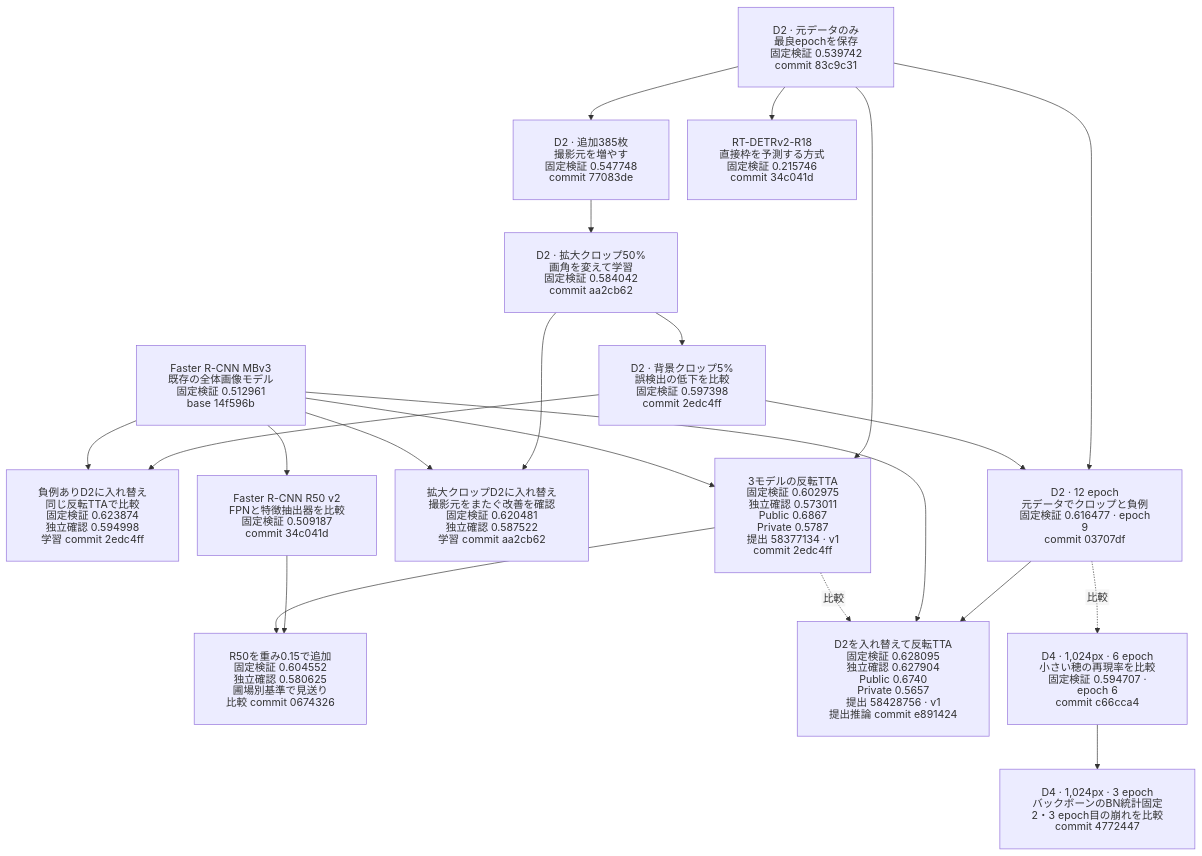
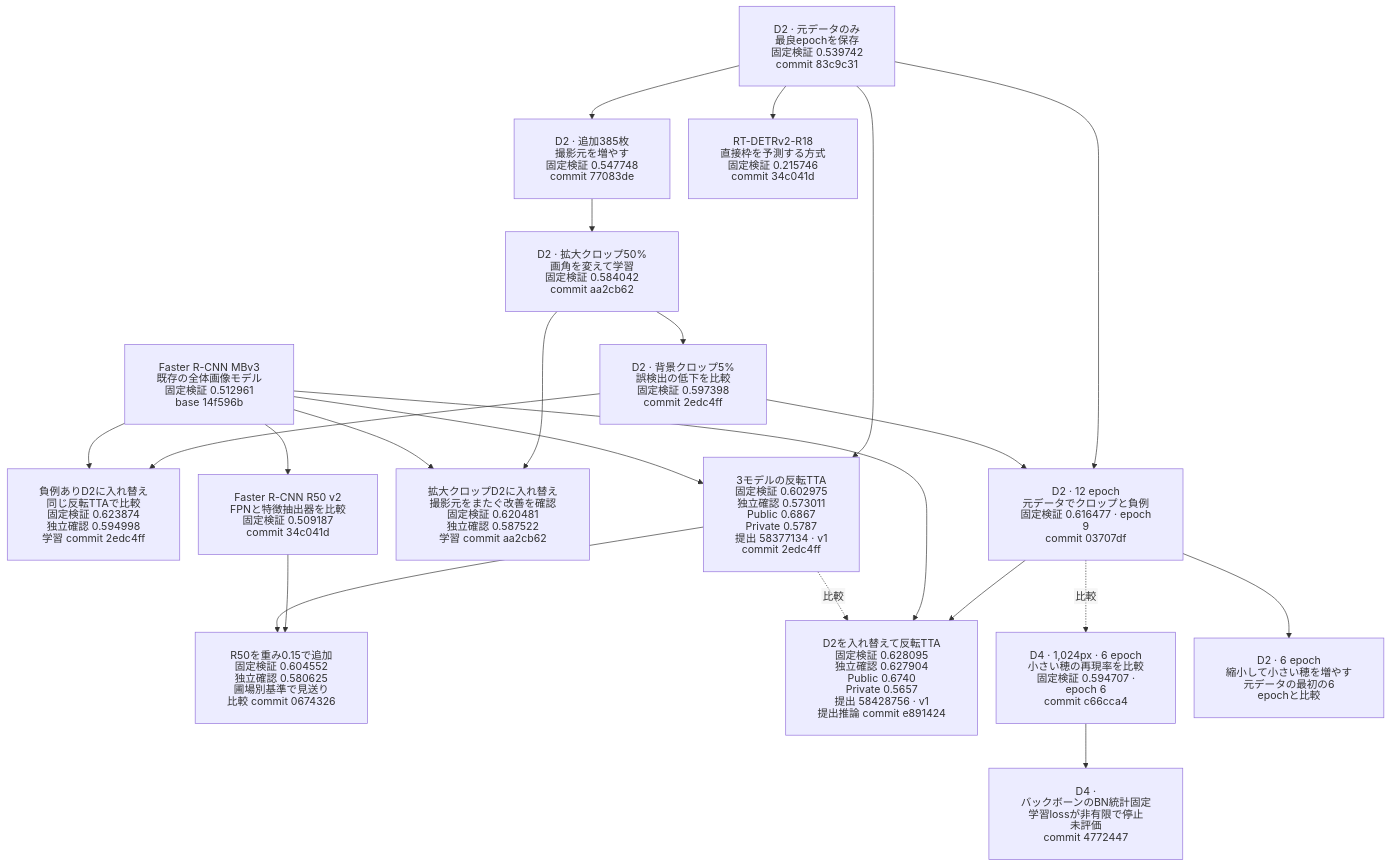
Before and after one commit to Yutarotaro/kaggle-global-wheat-detection: the fifth of 5 diagrams in docs/experiment-lineage.md, drawn with Mermaid. The commit also changed 6 other files, not shown here.

````diff
--- a/docs/experiment-lineage.md
+++ b/docs/experiment-lineage.md
@@ -164,38 +164,40 @@
 ```mermaid
 %%{init: {"htmlLabels": false, "flowchart": {"padding": 24, "nodeSpacing": 28}}}%%
 flowchart TB
     M["Faster R-CNN MBv3<br/>既存の全体画像モデル<br/>固定検証 0.512961<br/>base 14f596b"]
     D["D2 · 元データのみ<br/>最良epochを保存<br/>固定検証 0.539742<br/>commit 83c9c31"]
     F["D2 · 追加385枚<br/>撮影元を増やす<br/>固定検証 0.547748<br/>commit 77083de"]
     C["D2 · 拡大クロップ50%<br/>画角を変えて学習<br/>固定検証 0.584042<br/>commit aa2cb62"]
     N["D2 · 背景クロップ5%<br/>誤検出の低下を比較<br/>固定検証 0.597398<br/>commit 2edc4ff"]
     U["負例ありD2に入れ替え<br/>同じ反転TTAで比較<br/>固定検証 0.623874<br/>独立確認 0.594998<br/>学習 commit 2edc4ff"]
     S["3モデルの反転TTA<br/>固定検証 0.602975<br/>独立確認 0.573011<br/>Public 0.6867<br/>Private 0.5787<br/>提出 58377134 · v1<br/>commit 2edc4ff"]
     Z["拡大クロップD2に入れ替え<br/>撮影元をまたぐ改善を確認<br/>固定検証 0.620481<br/>独立確認 0.587522<br/>学習 commit aa2cb62"]
     T["RT-DETRv2-R18<br/>直接枠を予測する方式<br/>固定検証 0.215746<br/>commit 34c041d"]
     R["Faster R-CNN R50 v2<br/>FPNと特徴抽出器を比較<br/>固定検証 0.509187<br/>commit 34c041d"]
     R15["R50を重み0.15で追加<br/>固定検証 0.604552<br/>独立確認 0.580625<br/>圃場別基準で見送り<br/>比較 commit 0674326"]
     L["D2 · 12 epoch<br/>元データでクロップと負例<br/>固定検証 0.616477 · epoch 9<br/>commit 03707df"]
     P["D2を入れ替えて反転TTA<br/>固定検証 0.628095<br/>独立確認 0.627904<br/>Public 0.6740<br/>Private 0.5657<br/>提出 58428756 · v1<br/>提出推論 commit e891424"]
     D4["D4 · 1,024px · 6 epoch<br/>小さい穂の再現率を比較<br/>固定検証 0.594707 · epoch 6<br/>commit c66cca4"]
-    DB["D4 · 1,024px · 3 epoch<br/>バックボーンのBN統計固定<br/>2・3 epoch目の崩れを比較<br/>commit 4772447"]
+    DB["D4 · バックボーンのBN統計固定<br/>学習lossが非有限で停止<br/>未評価<br/>commit 4772447"]
+    DS["D2 · 6 epoch<br/>縮小して小さい穂を増やす<br/>元データの最初の6 epochと比較"]
 
     D --> F --> C --> N
     C --> Z
     M --> Z
     D --> S
     M --> S
     D --> T
     D --> L
     N --> L
     N --> U
     M --> U
     M --> R
     R --> R15
     S --> R15
     L --> P
     M --> P
     S -. 比較 .-> P
     L -. 比較 .-> D4
     D4 --> DB
+    L --> DS
 ```
````
